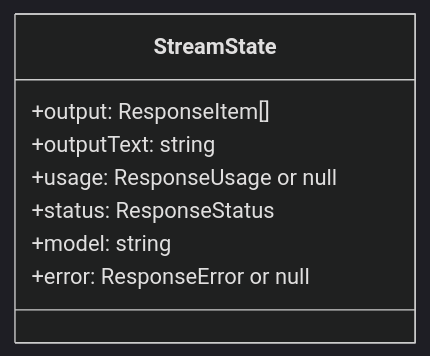
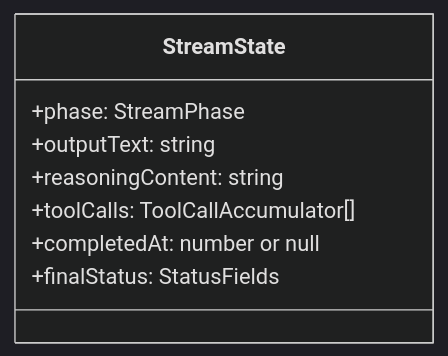
One commit to Ahoo-Wang/GodeX changed the diagram in wiki/zh/05-streaming-pipeline/stream-state.md. Above: the diagram before and after it, drawn with Mermaid (dark theme). The commit also changed other lines of this file and 9 other files, not shown here.

````diff
--- a/wiki/zh/05-streaming-pipeline/stream-state.md
+++ b/wiki/zh/05-streaming-pipeline/stream-state.md
@@ -12,13 +12,13 @@
 ```mermaid
 classDiagram
   direction TB
 
   class StreamState {
-    +output: ResponseItem[]
+    +phase: StreamPhase
     +outputText: string
-    +usage: ResponseUsage or null
-    +status: ResponseStatus
-    +model: string
-    +error: ResponseError or null
+    +reasoningContent: string
+    +toolCalls: ToolCallAccumulator[]
+    +completedAt: number or null
+    +finalStatus: StatusFields
   }
 ```
````
